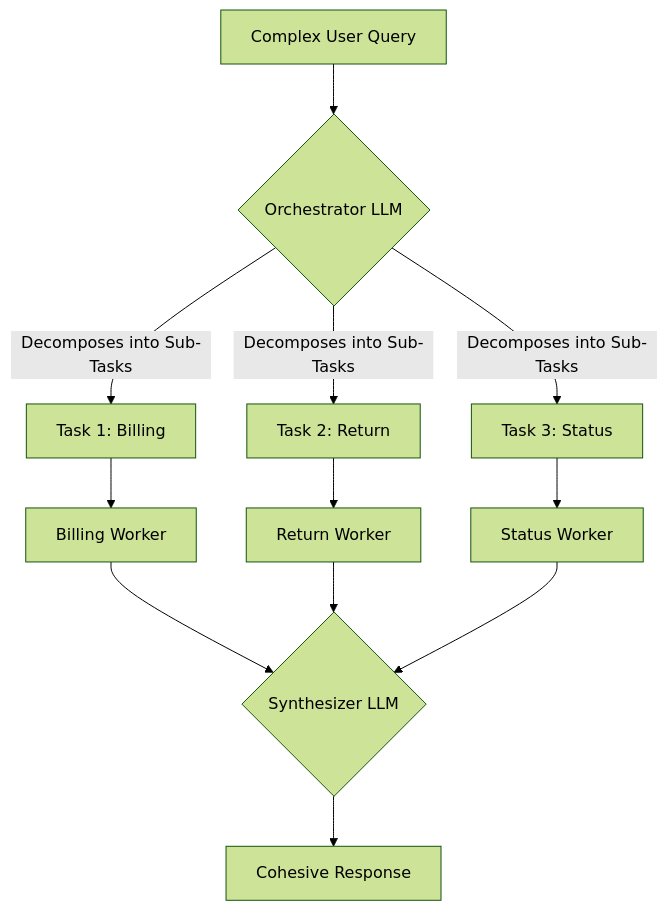
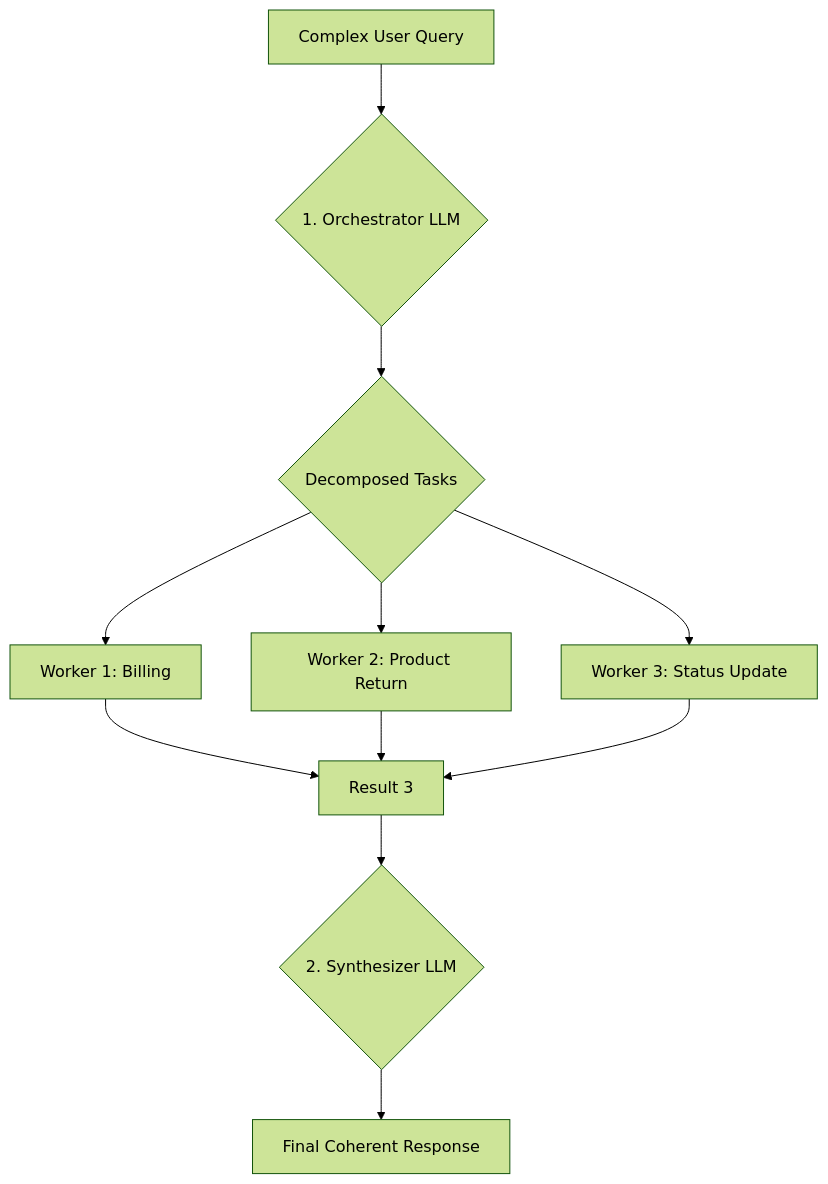
The third of 3 diagrams in lessons/05_workflow_patterns/article.md (towardsai/agentic-ai-engineering-course), drawn with Mermaid (forest theme) before and after one commit. The commit also changed other lines of this file, not shown here.

````diff
--- a/lessons/05_workflow_patterns/article.md
+++ b/lessons/05_workflow_patterns/article.md
@@ -598,14 +571,13 @@
 ```mermaid
 graph TD
-    A[Complex User Query] --> B{Orchestrator LLM};
-    B -- Decomposes into Sub-Tasks --> C[Task 1: Billing];
-    B -- Decomposes into Sub-Tasks --> D[Task 2: Return];
-    B -- Decomposes into Sub-Tasks --> E[Task 3: Status];
-    C --> F[Billing Worker];
-    D --> G[Return Worker];
-    E --> H[Status Worker];
-    F --> I{Synthesizer LLM};
-    G --> I;
-    H --> I;
-    I --> J[Cohesive Response];
+    A[Complex User Query] --> B{1. Orchestrator LLM};
+    B --> C{Decomposed Tasks};
+    C --> D[Worker 1: Billing];
+    C --> E[Worker 2: Product Return];
+    C --> F[Worker 3: Status Update];
+    D --> G[Result 1];
+    E --> G[Result 2];
+    F --> G[Result 3];
+    G --> H{2. Synthesizer LLM};
+    H --> I[Final Coherent Response];
 ```
````
